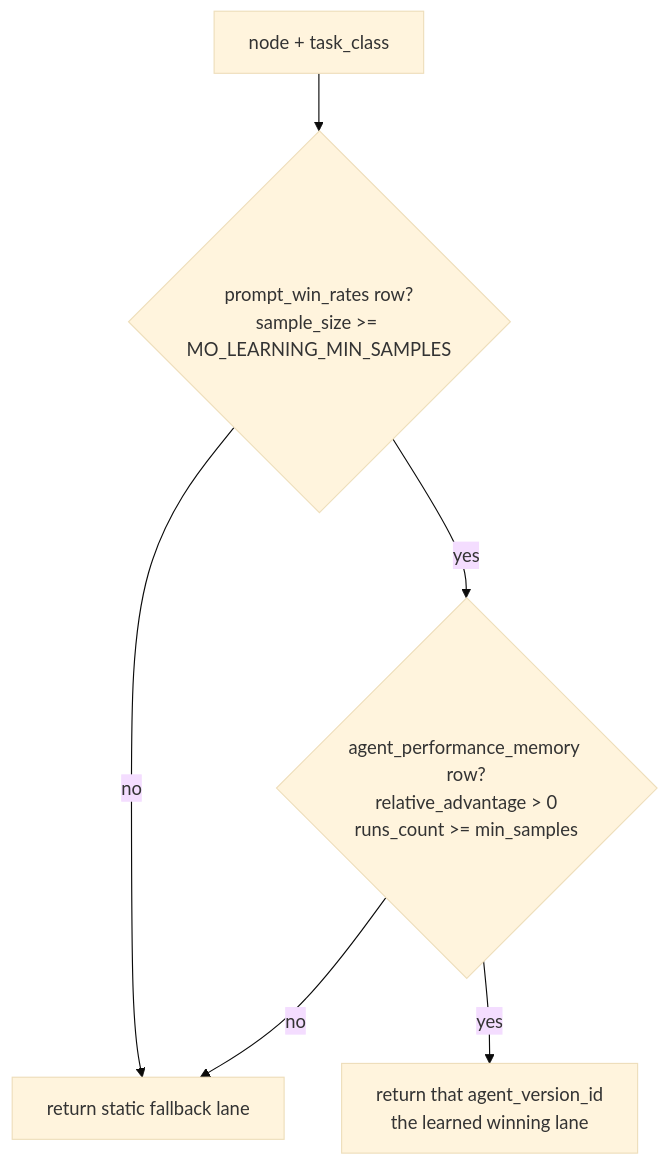
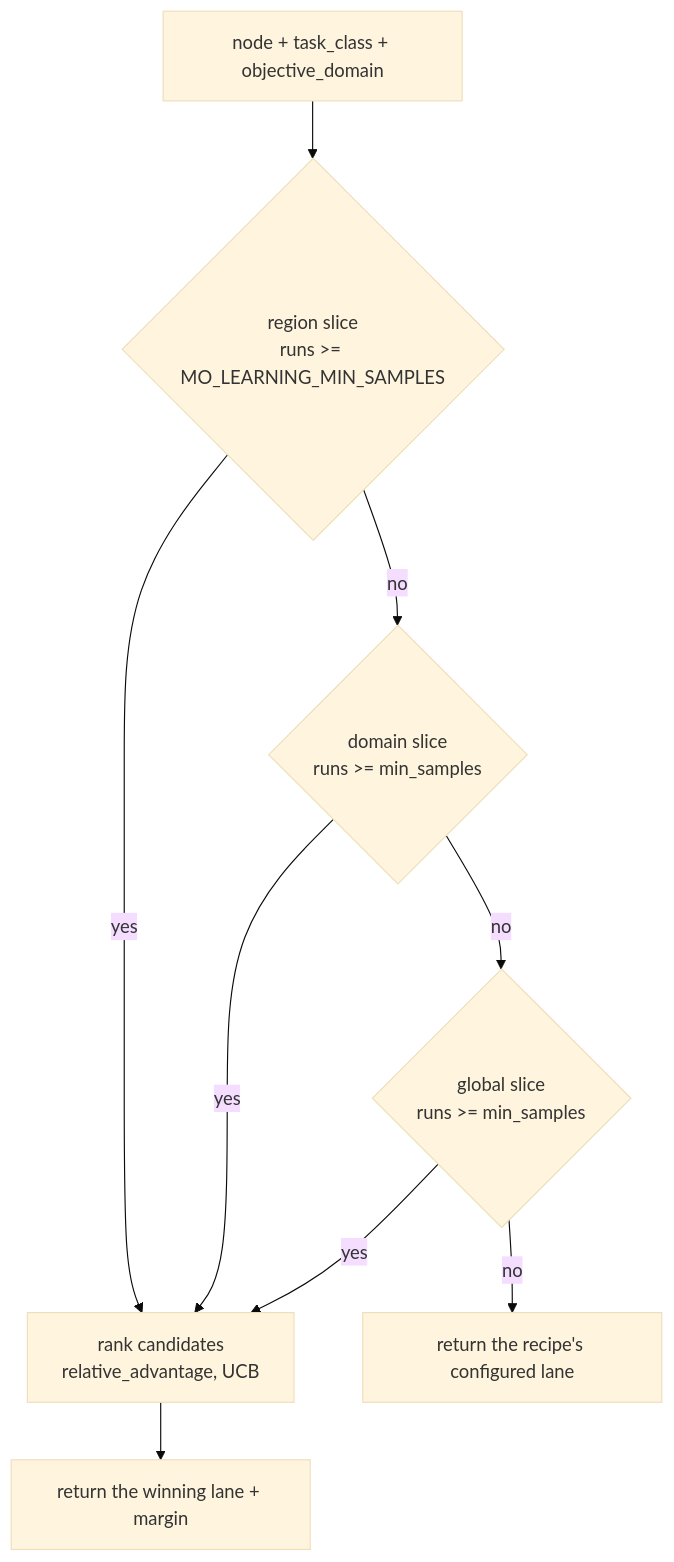
One commit to SourceShift/mini-ork changed the second of 2 diagrams in docs/LEARNING-LOOP-LIFECYCLE.md. Above: the diagram before and after it, drawn with Mermaid (base theme). The commit also changed other lines of this file and 5 other files, not shown here.

````diff
--- a/docs/LEARNING-LOOP-LIFECYCLE.md
+++ b/docs/LEARNING-LOOP-LIFECYCLE.md
@@ -164,8 +169,11 @@
 ```mermaid
 flowchart TD
-    A[node + task_class] --> B{prompt_win_rates row?<br/>sample_size >= MO_LEARNING_MIN_SAMPLES}
-    B -- no --> F[return static fallback lane]
-    B -- yes --> C{agent_performance_memory row?<br/>relative_advantage > 0<br/>runs_count >= min_samples}
-    C -- no --> F
-    C -- yes --> W[return that agent_version_id<br/>the learned winning lane]
+    A[node + task_class + objective_domain] --> R{region slice<br/>runs >= MO_LEARNING_MIN_SAMPLES}
+    R -- yes --> W[rank candidates<br/>relative_advantage, UCB]
+    R -- no --> D{domain slice<br/>runs >= min_samples}
+    D -- yes --> W
+    D -- no --> G{global slice<br/>runs >= min_samples}
+    G -- yes --> W
+    G -- no --> F[return the recipe's configured lane]
+    W --> S[return the winning lane + margin]
 ```
````
